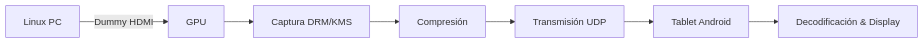
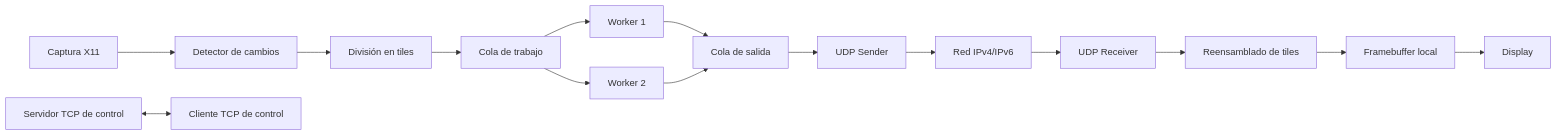
One commit to EVAnci/computacion_2 changed the diagram in .idea/rust_new_vnc.md. Above: the diagram before and after it, drawn with Mermaid. The commit also changed other lines of this file and 3 other files, not shown here.

````diff
--- a/.idea/rust_new_vnc.md
+++ b/.idea/rust_new_vnc.md
@@ -142,9 +176,18 @@
 ```mermaid
 graph LR
-  A[Linux PC] -->|Dummy HDMI| B[GPU]
-  B --> C[Captura DRM/KMS]
-  C --> D[Compresión]
-  D --> E[Transmisión UDP]
-  E --> F[Tablet Android]
-  F --> G[Decodificación & Display]
+    A[Captura X11] --> B[Detector de cambios]
+    B --> C[División en tiles]
+    C --> D[Cola de trabajo]
+    D --> E1[Worker 1]
+    D --> E2[Worker 2]
+    E1 --> F[Cola de salida]
+    E2 --> F
+    F --> G[UDP Sender]
+    G --> H[Red IPv4/IPv6]
+    H --> I[UDP Receiver]
+    I --> J[Reensamblado de tiles]
+    J --> K[Framebuffer local]
+    K --> L[Display]
+
+    M[Servidor TCP de control] <--> N[Cliente TCP de control]
 ```
````
